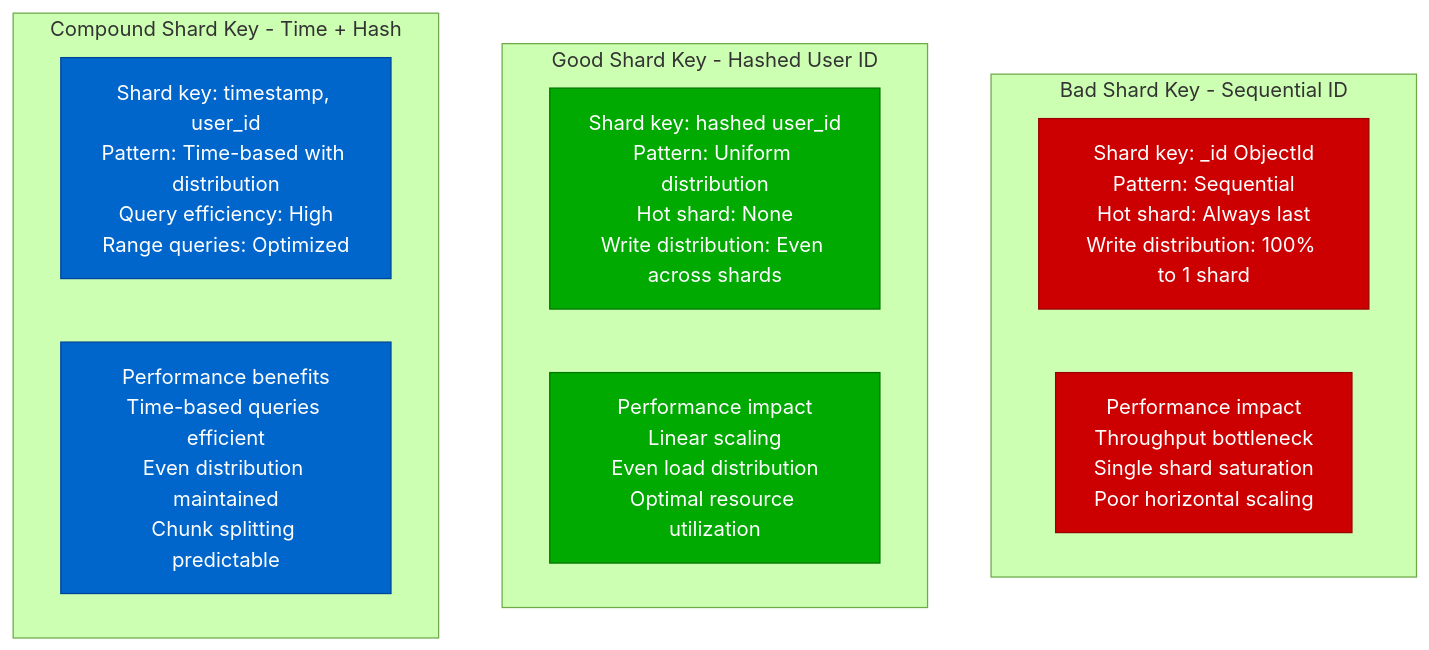
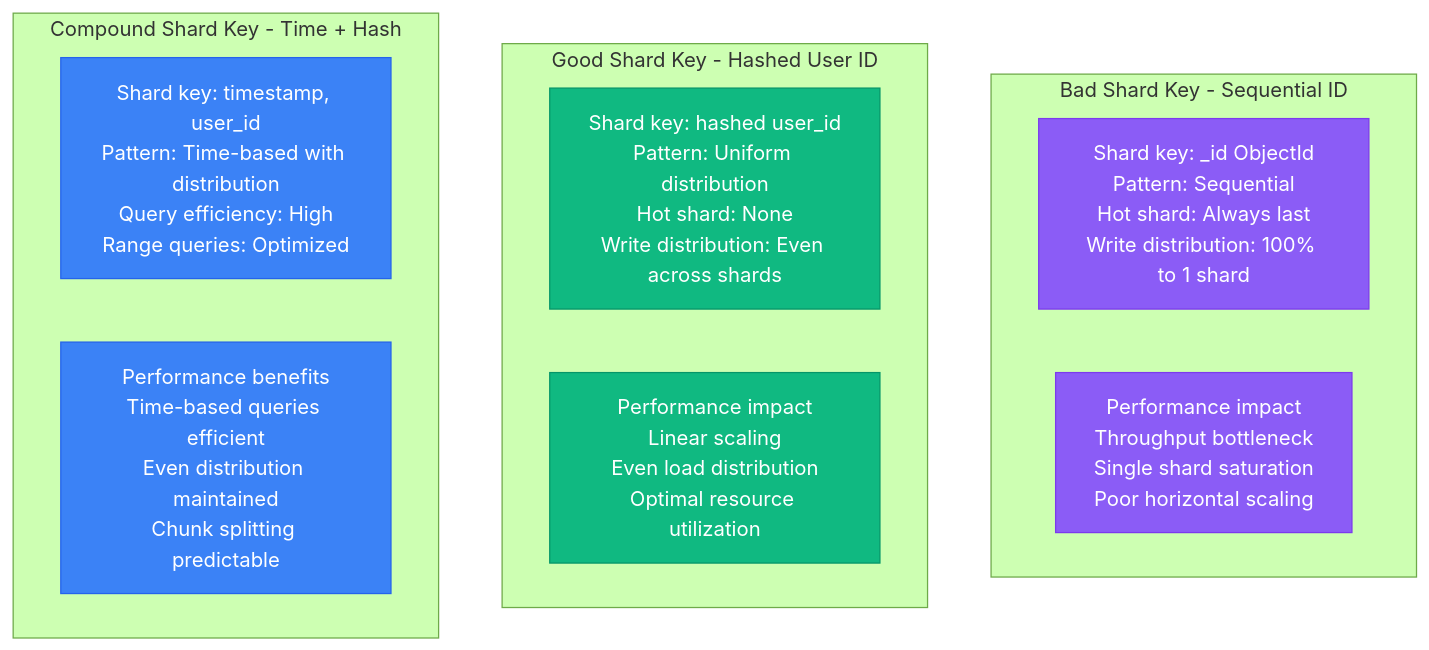
The second of 14 diagrams in site/docs/performance/mongodb-performance-profile.md (deepaucksharma/DS), drawn with Mermaid (forest theme) before and after one commit. The commit also changed other lines of this file and 303 other files, not shown here.

````diff
--- a/site/docs/performance/mongodb-performance-profile.md
+++ b/site/docs/performance/mongodb-performance-profile.md
@@ -60,28 +60,28 @@
 ```mermaid
 graph TB
     subgraph "Bad Shard Key - Sequential ID"
         B1[Shard key: _id ObjectId<br/>Pattern: Sequential<br/>Hot shard: Always last<br/>Write distribution: 100% to 1 shard]
 
         B2[Performance impact<br/>Throughput bottleneck<br/>Single shard saturation<br/>Poor horizontal scaling]
     end
 
     subgraph "Good Shard Key - Hashed User ID"
         G1[Shard key: hashed user_id<br/>Pattern: Uniform distribution<br/>Hot shard: None<br/>Write distribution: Even across shards]
 
         G2[Performance impact<br/>Linear scaling<br/>Even load distribution<br/>Optimal resource utilization]
     end
 
     subgraph "Compound Shard Key - Time + Hash"
         C1[Shard key: timestamp, user_id<br/>Pattern: Time-based with distribution<br/>Query efficiency: High<br/>Range queries: Optimized]
 
         C2[Performance benefits<br/>Time-based queries efficient<br/>Even distribution maintained<br/>Chunk splitting predictable]
     end
 
-    classDef badStyle fill:#CC0000,stroke:#990000,color:#fff
-    classDef goodStyle fill:#00AA00,stroke:#007700,color:#fff
-    classDef compoundStyle fill:#0066CC,stroke:#004499,color:#fff
+    classDef badStyle fill:#8B5CF6,stroke:#7C3AED,color:#fff
+    classDef goodStyle fill:#10B981,stroke:#059669,color:#fff
+    classDef compoundStyle fill:#3B82F6,stroke:#2563EB,color:#fff
 
     class B1,B2 badStyle
     class G1,G2 goodStyle
     class C1,C2 compoundStyle
 ```
````
